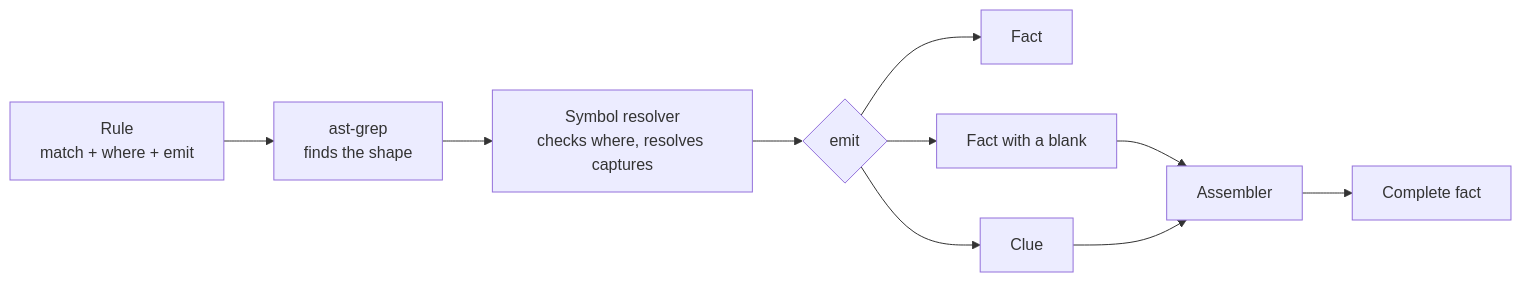
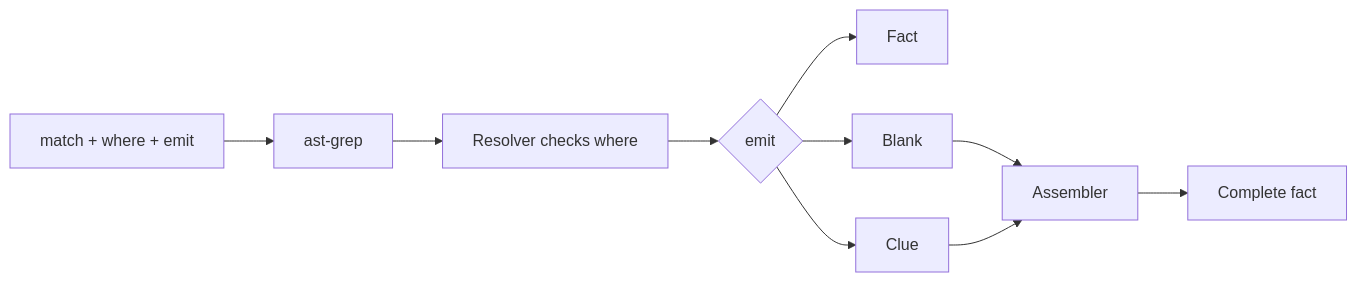
One commit to KBavis/steno changed the diagram in docs/how-it-works/ingestion/rules-and-packs.md. Above: the diagram before and after it, drawn with Mermaid. The commit also changed other lines of this file and 35 other files, not shown here.

First line of the commit message:
docs: simplify the docs and record D150 (flows-first routing)

````diff
--- a/docs/how-it-works/ingestion/rules-and-packs.md
+++ b/docs/how-it-works/ingestion/rules-and-packs.md
@@ -12,8 +11,8 @@
 ```mermaid
 flowchart LR
-    R["Rule<br/>match + where + emit"] --> AG["ast-grep<br/>finds the shape"]
-    AG --> SR["Symbol resolver<br/>checks where, resolves captures"]
+    R["match + where + emit"] --> AG["ast-grep"]
+    AG --> SR["Resolver checks where"]
     SR --> E{"emit"}
-    E --> F["Fact"] & B["Fact with a blank"] & C["Clue"]
+    E --> F["Fact"] & B["Blank"] & C["Clue"]
     B & C --> AS["Assembler"] --> F2["Complete fact"]
 ```
````
